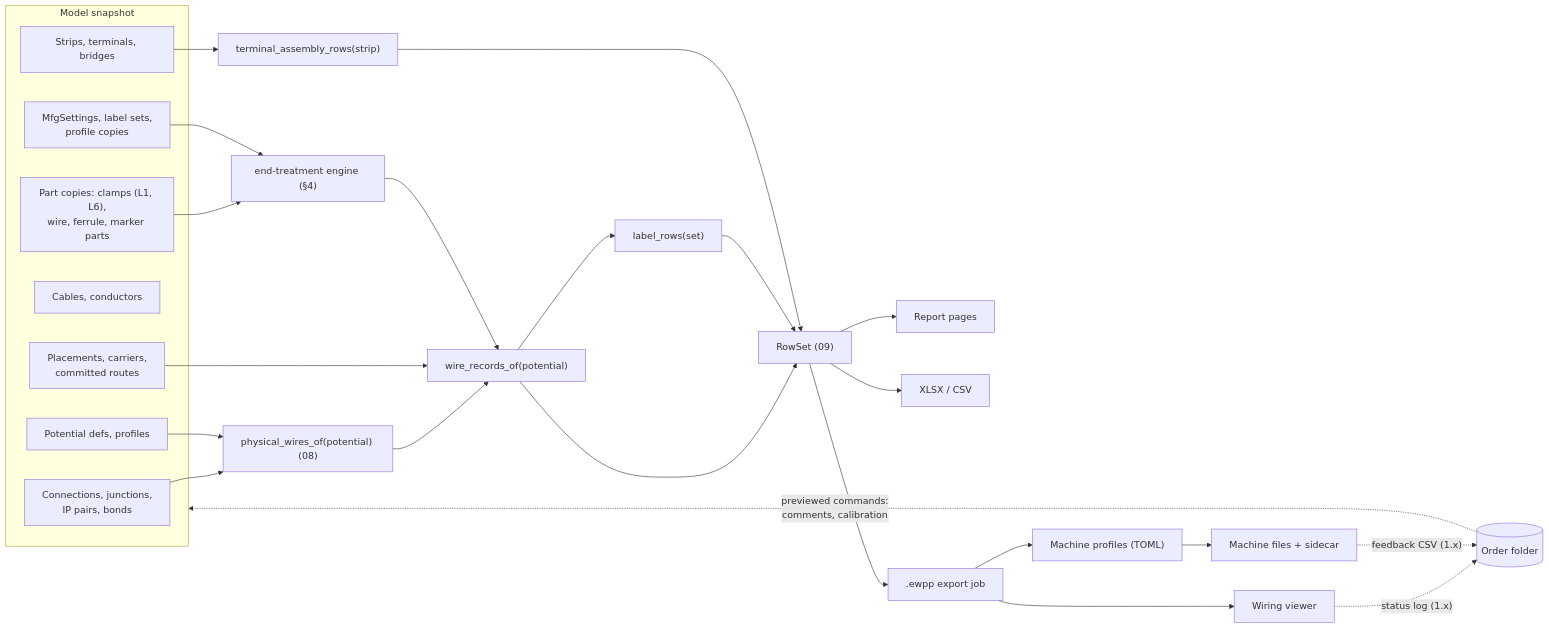
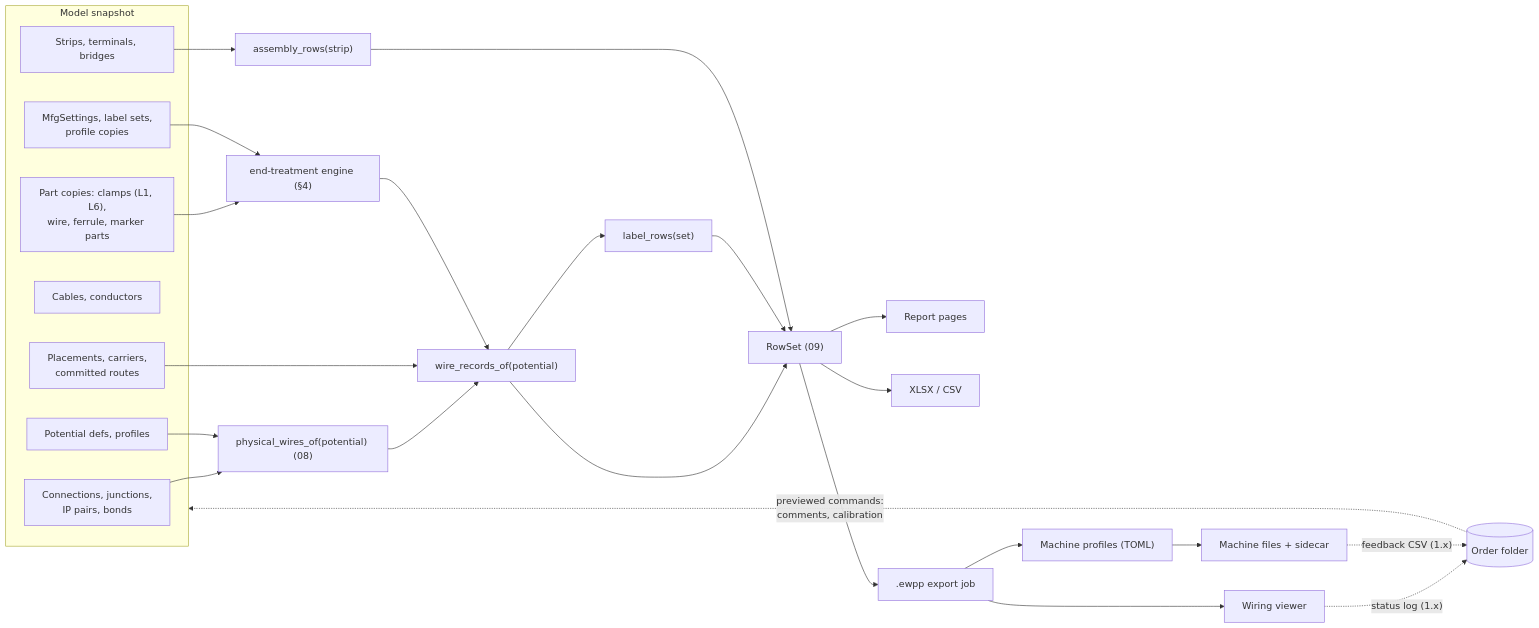
Before and after one commit to Ironkode787/ElektraWatt: the diagram in docs/design/13-manufacturing-outputs.md, drawn with Mermaid. The commit also changed other lines of this file and 11 other files, not shown here.

````diff
--- a/docs/design/13-manufacturing-outputs.md
+++ b/docs/design/13-manufacturing-outputs.md
@@ -53,33 +54,33 @@
 ```mermaid
 flowchart LR
   subgraph A["Model snapshot"]
     C["Connections, junctions,<br/>IP pairs, bonds"]
     P["Potential defs, profiles"]
     T["Strips, terminals, bridges"]
     K["Cables, conductors"]
     L["Placements, carriers,<br/>committed routes"]
     PC["Part copies: clamps (L1, L6),<br/>wire, ferrule, marker parts"]
     S["MfgSettings, label sets,<br/>profile copies"]
   end
   C --> PW["physical_wires_of(potential) (08)"]
   P --> PW
   PW --> WR["wire_records_of(potential)"]
   L --> WR
   PC --> EE["end-treatment engine (§4)"]
   EE --> WR
   S --> EE
   WR --> LB["label_rows(set)"]
-  T --> TA["terminal_assembly_rows(strip)"]
+  T --> TA["assembly_rows(strip)"]
   WR --> RS["RowSet (09)"]
   LB --> RS
   TA --> RS
   RS --> PDF["Report pages"]
   RS --> XL["XLSX / CSV"]
   RS --> PKG[".ewpp export job"]
   PKG --> MP["Machine profiles (TOML)"]
   MP --> MF["Machine files + sidecar"]
   PKG --> V["Wiring viewer"]
   V -.->|"status log (1.x)"| O[("Order folder")]
   MF -.->|"feedback CSV (1.x)"| O
   O -.->|"previewed commands:<br/>comments, calibration"| A
 ```
````
